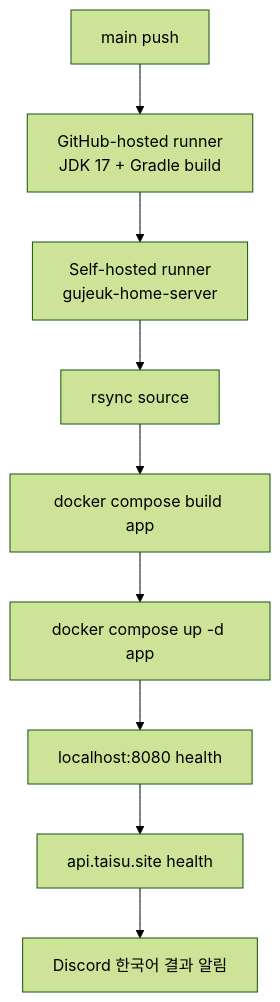
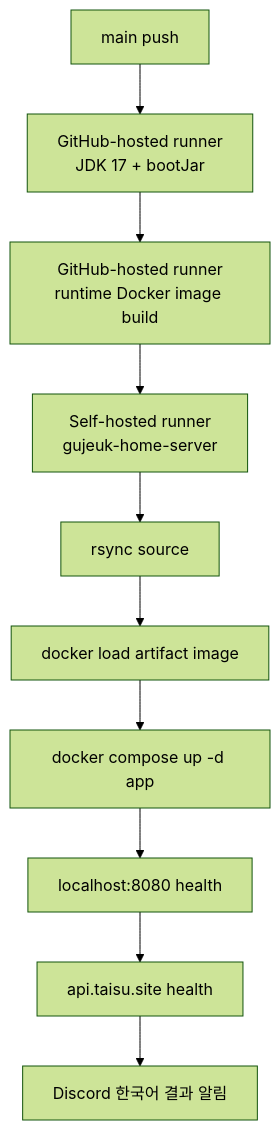
The fourth of 4 diagrams in docs/HOME_SERVER_OPERATIONS.md (GuJeuk-Check-in/GuJeuk-Check-In_server), drawn with Mermaid (forest theme) before and after one commit. The commit also changed other lines of this file and 4 other files, not shown here.

````diff
--- a/docs/HOME_SERVER_OPERATIONS.md
+++ b/docs/HOME_SERVER_OPERATIONS.md
@@ -638,11 +637,12 @@
 ```mermaid
 flowchart TD
-    Push["main push"] --> Build["GitHub-hosted runner<br/>JDK 17 + Gradle build"]
-    Build --> Deploy["Self-hosted runner<br/>gujeuk-home-server"]
+    Push["main push"] --> Build["GitHub-hosted runner<br/>JDK 17 + bootJar"]
+    Build --> Package["GitHub-hosted runner<br/>runtime Docker image build"]
+    Package --> Deploy["Self-hosted runner<br/>gujeuk-home-server"]
     Deploy --> Sync["rsync source"]
-    Sync --> Image["docker compose build app"]
+    Sync --> Image["docker load artifact image"]
     Image --> Up["docker compose up -d app"]
     Up --> LocalCheck["localhost:8080 health"]
     LocalCheck --> PublicCheck["api.taisu.site health"]
     PublicCheck --> Notify["Discord 한국어 결과 알림"]
 ```
````
